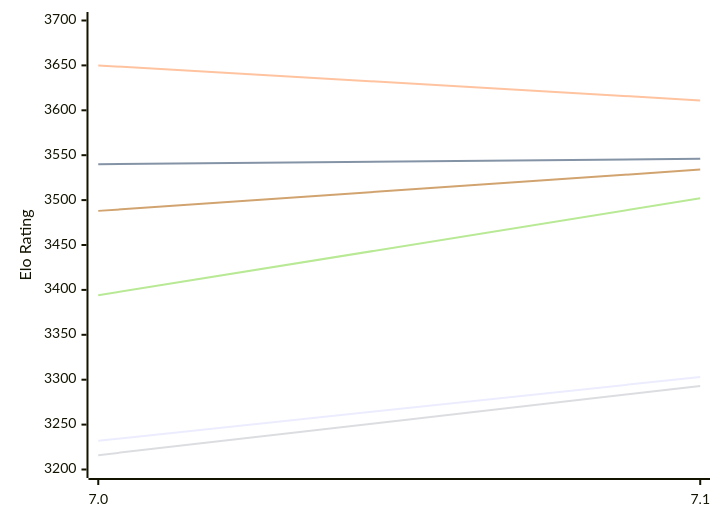
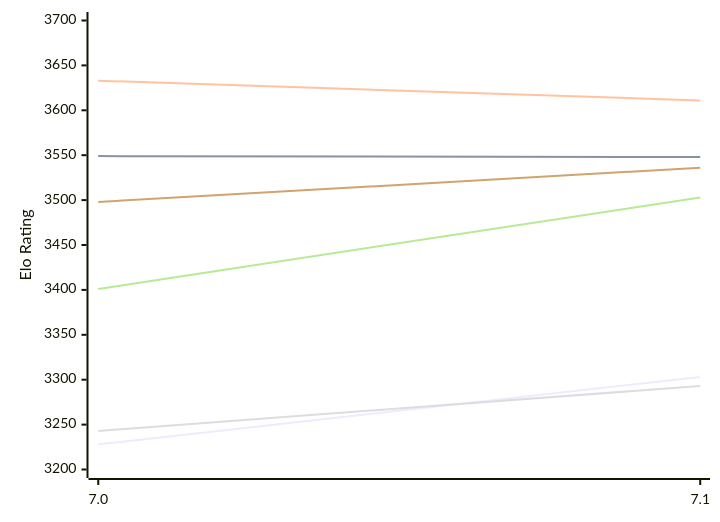
Before and after one commit to computer-chess-index/cci: the first of 2 diagrams in engines/PZChessBot.md, drawn with Mermaid. The commit also changed other lines of this file, not shown here.

Commit message:
Update CCI Ratings (ELO VLTC) - 2026-11-17

````diff
--- a/engines/PZChessBot.md
+++ b/engines/PZChessBot.md
@@ -53,12 +53,12 @@
 ```mermaid
 %%{init: {"theme":"base","themeVariables":{"seriesColors:['#a3a3a3','#222221','#faa371']}}}%%
 xychart-beta
   x-axis ["7.0", "7.1"]
   y-axis "Elo Rating" 3200 --> 3700
-  line "E1: STC (8.0+0.08s)" [3232, 3303]
-  line "E1: LTC (60.0+0.60s)" [3540, 3546]
-  line "E1: VLTC (2m24s+1.12s)" [3650, 3611]
-  line "P1: STC (8.0+0.08s)" [3216, 3293]
-  line "P1: LTC (60.0+0.60s)" [3394, 3502]
-  line "P1: VLTC (2m24s+1.12s)" [3488, 3534]
+  line "E1: STC (8.0+0.08s)" [3228, 3303]
+  line "E1: LTC (60.0+0.60s)" [3549, 3548]
+  line "E1: VLTC (2m24s+1.12s)" [3633, 3611]
+  line "P1: STC (8.0+0.08s)" [3243, 3293]
+  line "P1: LTC (60.0+0.60s)" [3401, 3503]
+  line "P1: VLTC (2m24s+1.12s)" [3498, 3536]
 ```
````
